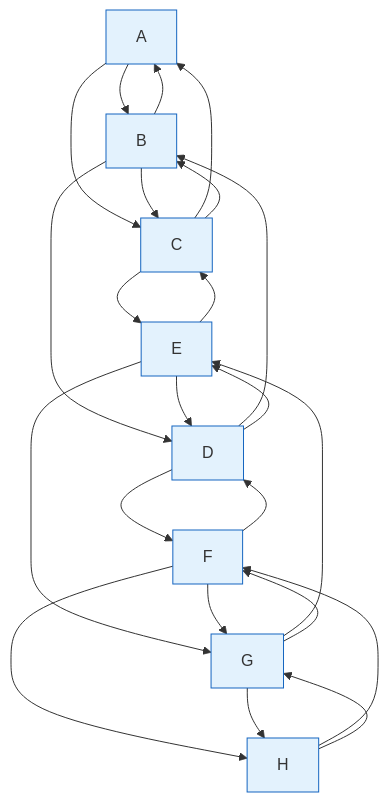
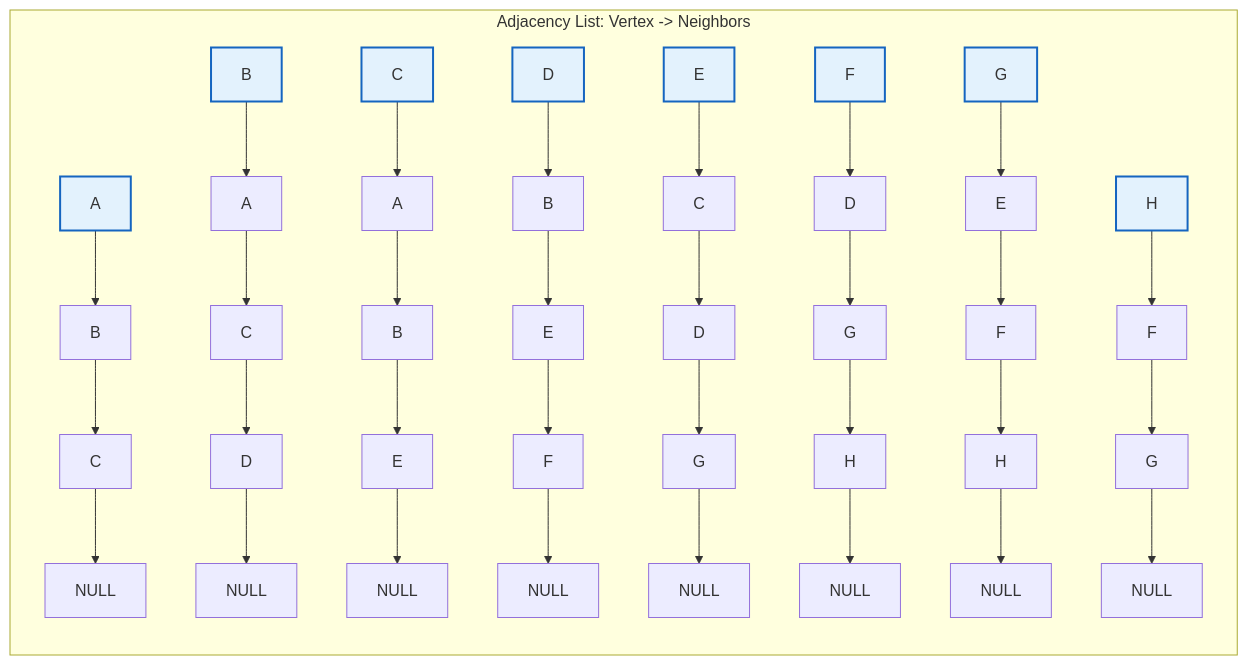
Before and after one commit to imyash0722/SEM3-DSA-UE25CS52A-STUDY-MATERIAL: the second of 9 diagrams in site/docs/unit3/theory/unit3_09_graphs.md, drawn with Mermaid. The commit also changed other lines of this file and 113 other files, not shown here.

Commit message:
Fix Mermaid diagram syntax, dark mode readability, algorithmic visualizations, and update site build

````diff
--- a/site/docs/unit3/theory/unit3_09_graphs.md
+++ b/site/docs/unit3/theory/unit3_09_graphs.md
@@ -74,34 +72,23 @@
 ```mermaid
-graph TD
-    A[A] --> B[B]
-    A --> C[C]
-    B[B] --> A
-    B --> C
-    B --> D[D]
-    C[C] --> A
-    C --> B
-    C --> E[E]
-    D[D] --> B
-    D --> E
-    D --> F[F]
-    E[E] --> C
-    E --> D
-    E --> G[G]
-    F[F] --> D
-    F --> G
-    F --> H[H]
-    G[G] --> E
-    G --> F
-    G --> H
-    H[H] --> F
-    H --> G
+graph LR
+    subgraph AdjList["Adjacency List: Vertex -> Neighbors"]
+        direction TB
+        HeadA["A"] --> A_B["B"] --> A_C["C"] --> A_NULL["NULL"]
+        HeadB["B"] --> B_A["A"] --> B_C["C"] --> B_D["D"] --> B_NULL["NULL"]
+        HeadC["C"] --> C_A["A"] --> C_B["B"] --> C_E["E"] --> C_NULL["NULL"]
+        HeadD["D"] --> D_B["B"] --> D_E["E"] --> D_F["F"] --> D_NULL["NULL"]
+        HeadE["E"] --> E_C["C"] --> E_D["D"] --> E_G["G"] --> E_NULL["NULL"]
+        HeadF["F"] --> F_D["D"] --> F_G["G"] --> F_H["H"] --> F_NULL["NULL"]
+        HeadG["G"] --> G_E["E"] --> G_F["F"] --> G_H["H"] --> G_NULL["NULL"]
+        HeadH["H"] --> H_F["F"] --> H_G["G"] --> H_NULL["NULL"]
+    end
     
-    style A fill:#e3f2fd,stroke:#1565c0
-    style B fill:#e3f2fd,stroke:#1565c0
-    style C fill:#e3f2fd,stroke:#1565c0
-    style D fill:#e3f2fd,stroke:#1565c0
-    style E fill:#e3f2fd,stroke:#1565c0
-    style F fill:#e3f2fd,stroke:#1565c0
-    style G fill:#e3f2fd,stroke:#1565c0
-    style H fill:#e3f2fd,stroke:#1565c0
+    style HeadA fill:#e3f2fd,stroke:#1565c0,stroke-width:2px
+    style HeadB fill:#e3f2fd,stroke:#1565c0,stroke-width:2px
+    style HeadC fill:#e3f2fd,stroke:#1565c0,stroke-width:2px
+    style HeadD fill:#e3f2fd,stroke:#1565c0,stroke-width:2px
+    style HeadE fill:#e3f2fd,stroke:#1565c0,stroke-width:2px
+    style HeadF fill:#e3f2fd,stroke:#1565c0,stroke-width:2px
+    style HeadG fill:#e3f2fd,stroke:#1565c0,stroke-width:2px
+    style HeadH fill:#e3f2fd,stroke:#1565c0,stroke-width:2px
 ```
````
